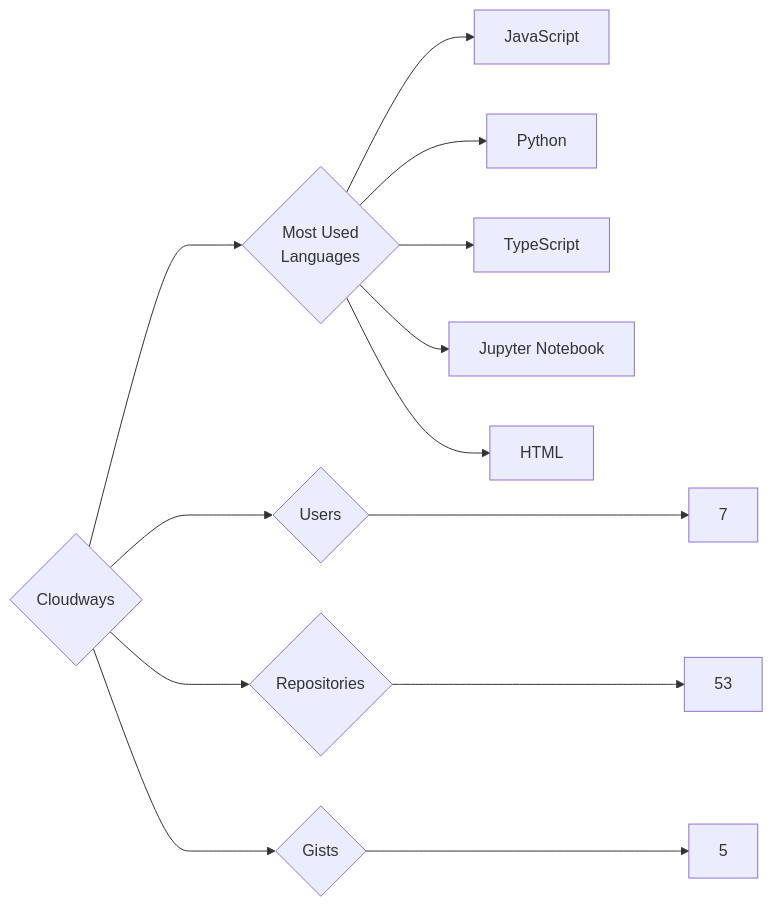
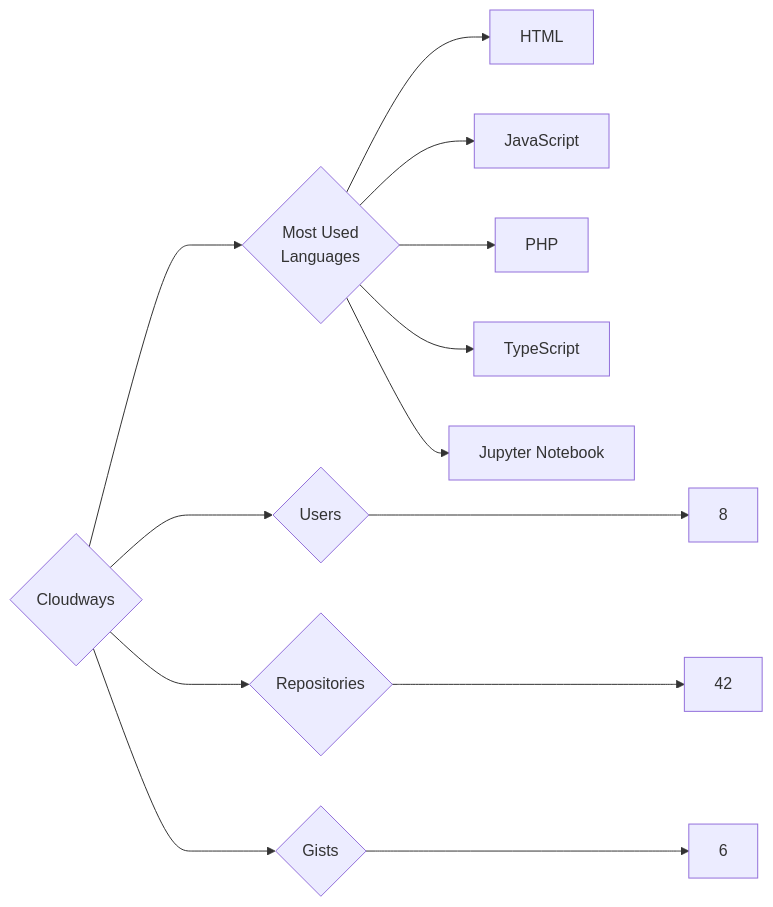
The diagram in targets/Cloudways/README.md (trickest/insiders), drawn with Mermaid before and after one commit. The commit also changed 900 other files, not shown here.

````diff
--- a/targets/Cloudways/README.md
+++ b/targets/Cloudways/README.md
@@ -3,13 +3,13 @@
 ```mermaid
 graph LR
 COMPANY_NAME{Cloudways}
-COMPANY_NAME ---> U{Users} ---> UN[7]
-COMPANY_NAME ---> R{Repositories} ---> RN[53]
-COMPANY_NAME ---> G{Gists} ---> GN[5]
+COMPANY_NAME ---> U{Users} ---> UN[8]
+COMPANY_NAME ---> R{Repositories} ---> RN[42]
+COMPANY_NAME ---> G{Gists} ---> GN[6]
 COMPANY_NAME ---> ML{Most Used<br>Languages}
+ML --> HTML[HTML]
 ML --> JavaScript[JavaScript]
-ML --> Python[Python]
+ML --> PHP[PHP]
 ML --> TypeScript[TypeScript]
 ML --> Jupyter_Notebook[Jupyter Notebook]
-ML --> HTML[HTML]
 ```
````
